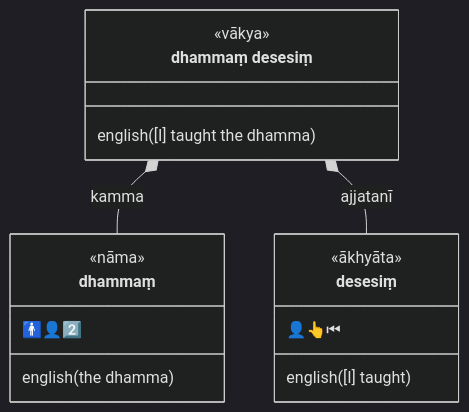
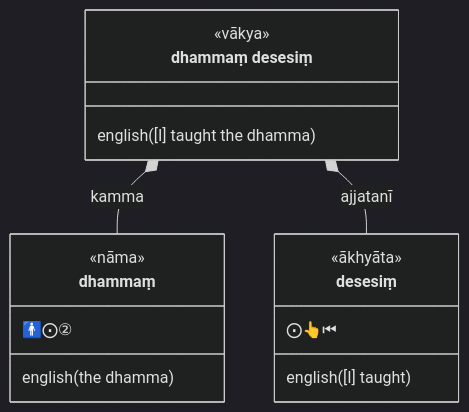
The seventh of 60 diagrams in content/en/docs/Pali/sentences.md (ChristineTham/buddhavacana), drawn with Mermaid (dark theme) before and after one commit. The commit also changed other lines of this file and 71 other files, not shown here.

````diff
--- a/content/en/docs/Pali/sentences.md
+++ b/content/en/docs/Pali/sentences.md
@@ -214,19 +214,19 @@
 ```mermaid
 classDiagram
   class sentence["dhammaṃ desesiṃ"] {
     <<vākya>>
     english([I] taught the dhamma)
   }
   class dhammaṃ {
     <<nāma>>
-    🚹👤2️⃣
+    🚹⨀②
     english(the dhamma)
   }
   class desesiṃ {
     <<ākhyāta>>
-     👤👆⏮
+     ⨀👆⏮
     english([I] taught)
   }
   sentence *-- dhammaṃ : kamma
   sentence *-- desesiṃ: ajjatanī
 ```
````
